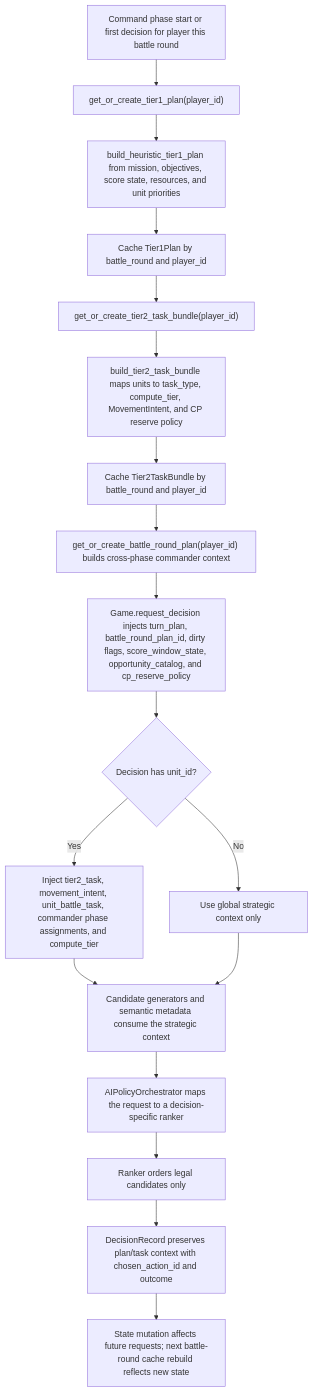
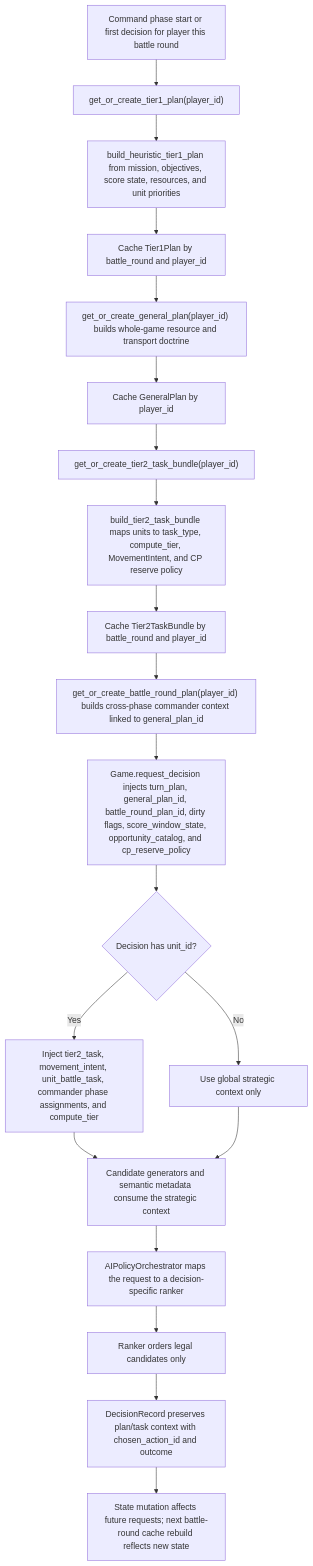
Before and after one commit to SobolGaming/Warhammer40k_AI: the first of 8 diagrams in docs/AI_POLICY_ORCHESTRATION.md, drawn with Mermaid. The commit also changed other lines of this file and 9 other files, not shown here.

Commit message:
Add general plan scaffold

````diff
--- a/docs/AI_POLICY_ORCHESTRATION.md
+++ b/docs/AI_POLICY_ORCHESTRATION.md
@@ -142,20 +145,22 @@
 ```mermaid
 flowchart TD
   A["Command phase start or first decision for player this battle round"] --> B["get_or_create_tier1_plan(player_id)"]
   B --> C["build_heuristic_tier1_plan from mission, objectives, score state, resources, and unit priorities"]
   C --> D["Cache Tier1Plan by battle_round and player_id"]
-  D --> E["get_or_create_tier2_task_bundle(player_id)"]
-  E --> F["build_tier2_task_bundle maps units to task_type, compute_tier, MovementIntent, and CP reserve policy"]
-  F --> G["Cache Tier2TaskBundle by battle_round and player_id"]
-  G --> H["get_or_create_battle_round_plan(player_id) builds cross-phase commander context"]
-  H --> I["Game.request_decision injects turn_plan, battle_round_plan_id, dirty flags, score_window_state, opportunity_catalog, and cp_reserve_policy"]
-  I --> J{"Decision has unit_id?"}
-  J -->|"Yes"| K["Inject tier2_task, movement_intent, unit_battle_task, commander phase assignments, and compute_tier"]
-  J -->|"No"| L["Use global strategic context only"]
-  K --> M["Candidate generators and semantic metadata consume the strategic context"]
-  L --> M
-  M --> N["AIPolicyOrchestrator maps the request to a decision-specific ranker"]
-  N --> O["Ranker orders legal candidates only"]
-  O --> P["DecisionRecord preserves plan/task context with chosen_action_id and outcome"]
-  P --> Q["State mutation affects future requests; next battle-round cache rebuild reflects new state"]
+  D --> E["get_or_create_general_plan(player_id) builds whole-game resource and transport doctrine"]
+  E --> F["Cache GeneralPlan by player_id"]
+  F --> G["get_or_create_tier2_task_bundle(player_id)"]
+  G --> H["build_tier2_task_bundle maps units to task_type, compute_tier, MovementIntent, and CP reserve policy"]
+  H --> I["Cache Tier2TaskBundle by battle_round and player_id"]
+  I --> J["get_or_create_battle_round_plan(player_id) builds cross-phase commander context linked to general_plan_id"]
+  J --> K["Game.request_decision injects turn_plan, general_plan_id, battle_round_plan_id, dirty flags, score_window_state, opportunity_catalog, and cp_reserve_policy"]
+  K --> L{"Decision has unit_id?"}
+  L -->|"Yes"| M["Inject tier2_task, movement_intent, unit_battle_task, commander phase assignments, and compute_tier"]
+  L -->|"No"| N["Use global strategic context only"]
+  M --> O["Candidate generators and semantic metadata consume the strategic context"]
+  N --> O
+  O --> P["AIPolicyOrchestrator maps the request to a decision-specific ranker"]
+  P --> Q["Ranker orders legal candidates only"]
+  Q --> R["DecisionRecord preserves plan/task context with chosen_action_id and outcome"]
+  R --> S["State mutation affects future requests; next battle-round cache rebuild reflects new state"]
 ```
````
